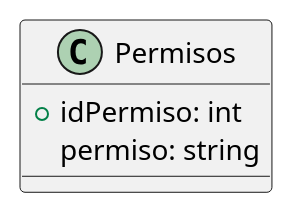
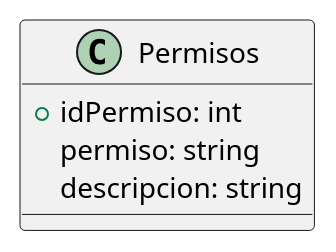
One commit to ZMGestion/DocumentacionZMGestion changed the diagram in DiagramaClases/Clases/Permisos.puml. Above: the diagram before and after it, drawn with PlantUML. The commit also changed 21 other files, not shown here.

Commit message:
Cambios en atributos y metodos diagrama de clases

```diff
--- a/DiagramaClases/Clases/Permisos.puml
+++ b/DiagramaClases/Clases/Permisos.puml
@@ -1,6 +1,7 @@
 @startuml Permisos
 class Permisos{
     +idPermiso: int
     permiso: string
+    descripcion: string
 }
 @enduml
```
